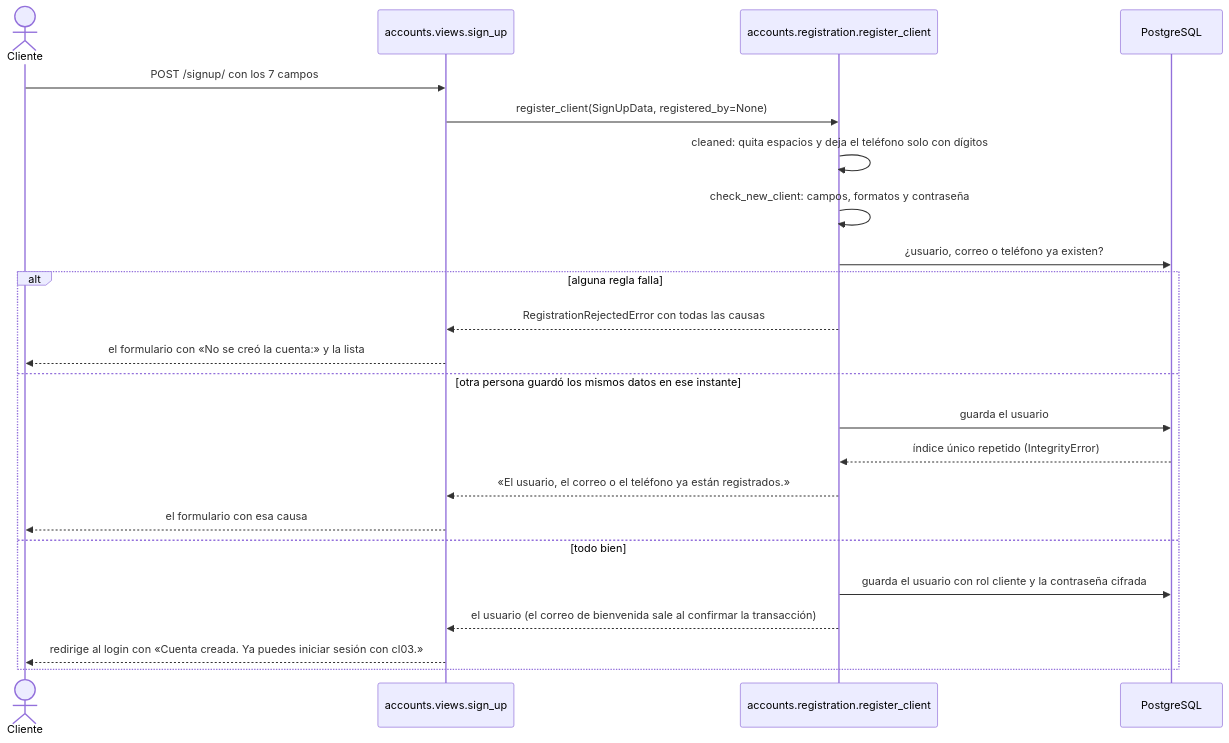
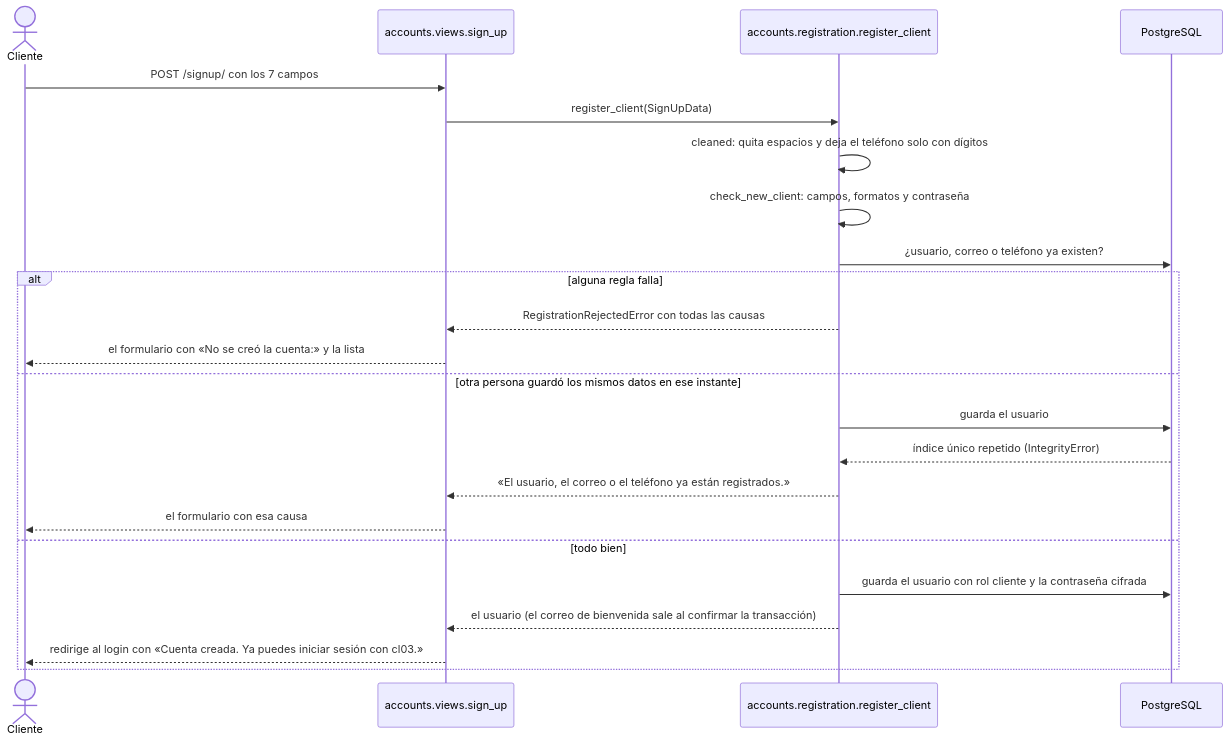
The second of 38 diagrams in docs/casos-de-uso.md (peterteranb/astra-rent-system), drawn with Mermaid before and after one commit. The commit also changed other lines of this file and 6 other files, not shown here.

Commit message:
docs: client feedback, account use case and activity diagrams

````diff
--- a/docs/casos-de-uso.md
+++ b/docs/casos-de-uso.md
@@ -145,25 +153,25 @@
 ```mermaid
 sequenceDiagram
     actor C as Cliente
     participant V as accounts.views.sign_up
     participant U as accounts.registration.register_client
     participant BD as PostgreSQL
     C->>V: POST /signup/ con los 7 campos
-    V->>U: register_client(SignUpData, registered_by=None)
+    V->>U: register_client(SignUpData)
     U->>U: cleaned: quita espacios y deja el teléfono solo con dígitos
     U->>U: check_new_client: campos, formatos y contraseña
     U->>BD: ¿usuario, correo o teléfono ya existen?
     alt alguna regla falla
         U-->>V: RegistrationRejectedError con todas las causas
         V-->>C: el formulario con «No se creó la cuenta:» y la lista
     else otra persona guardó los mismos datos en ese instante
         U->>BD: guarda el usuario
         BD-->>U: índice único repetido (IntegrityError)
         U-->>V: «El usuario, el correo o el teléfono ya están registrados.»
         V-->>C: el formulario con esa causa
     else todo bien
         U->>BD: guarda el usuario con rol cliente y la contraseña cifrada
         U-->>V: el usuario (el correo de bienvenida sale al confirmar la transacción)
         V-->>C: redirige al login con «Cuenta creada. Ya puedes iniciar sesión con cl03.»
     end
 ```
````
